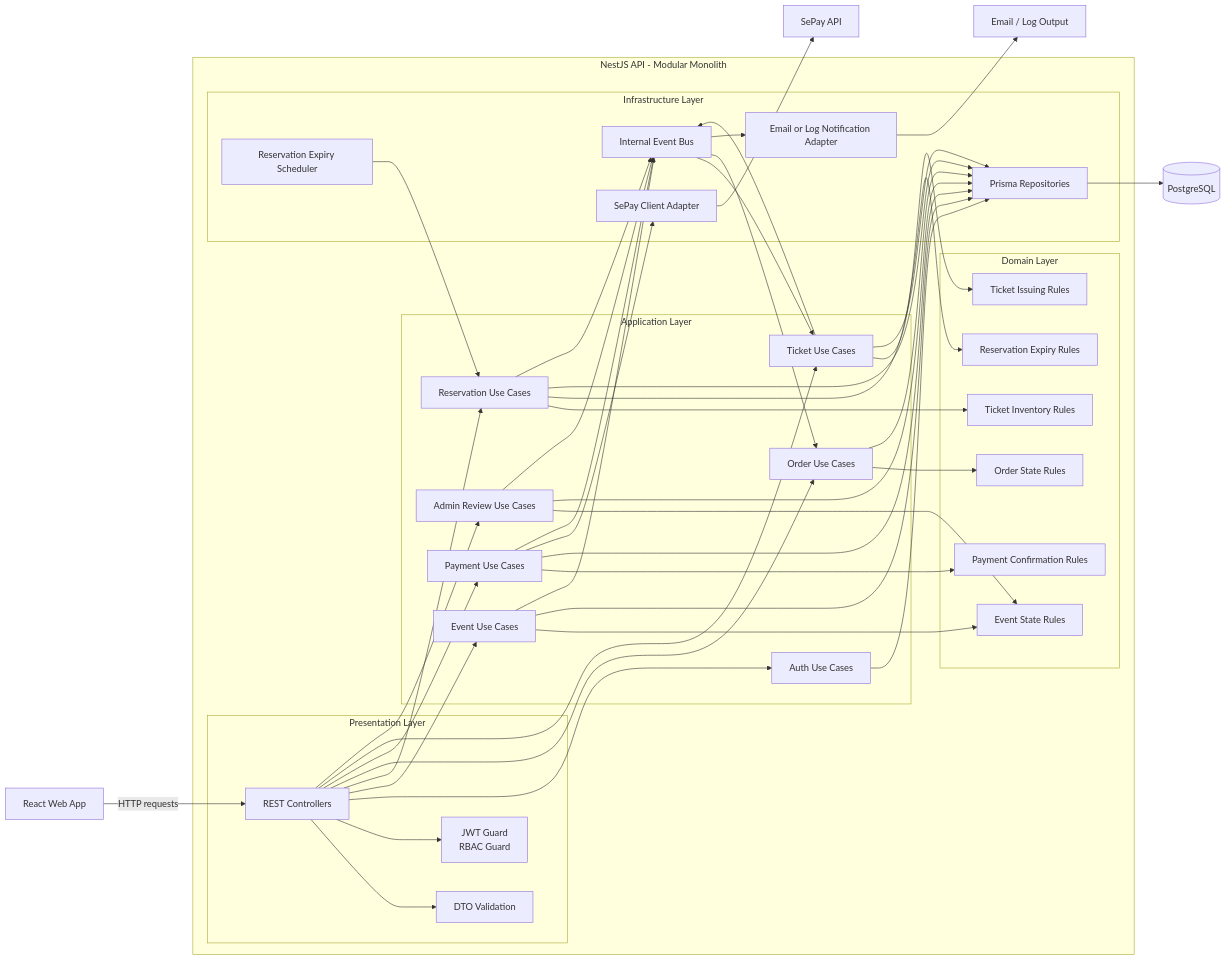
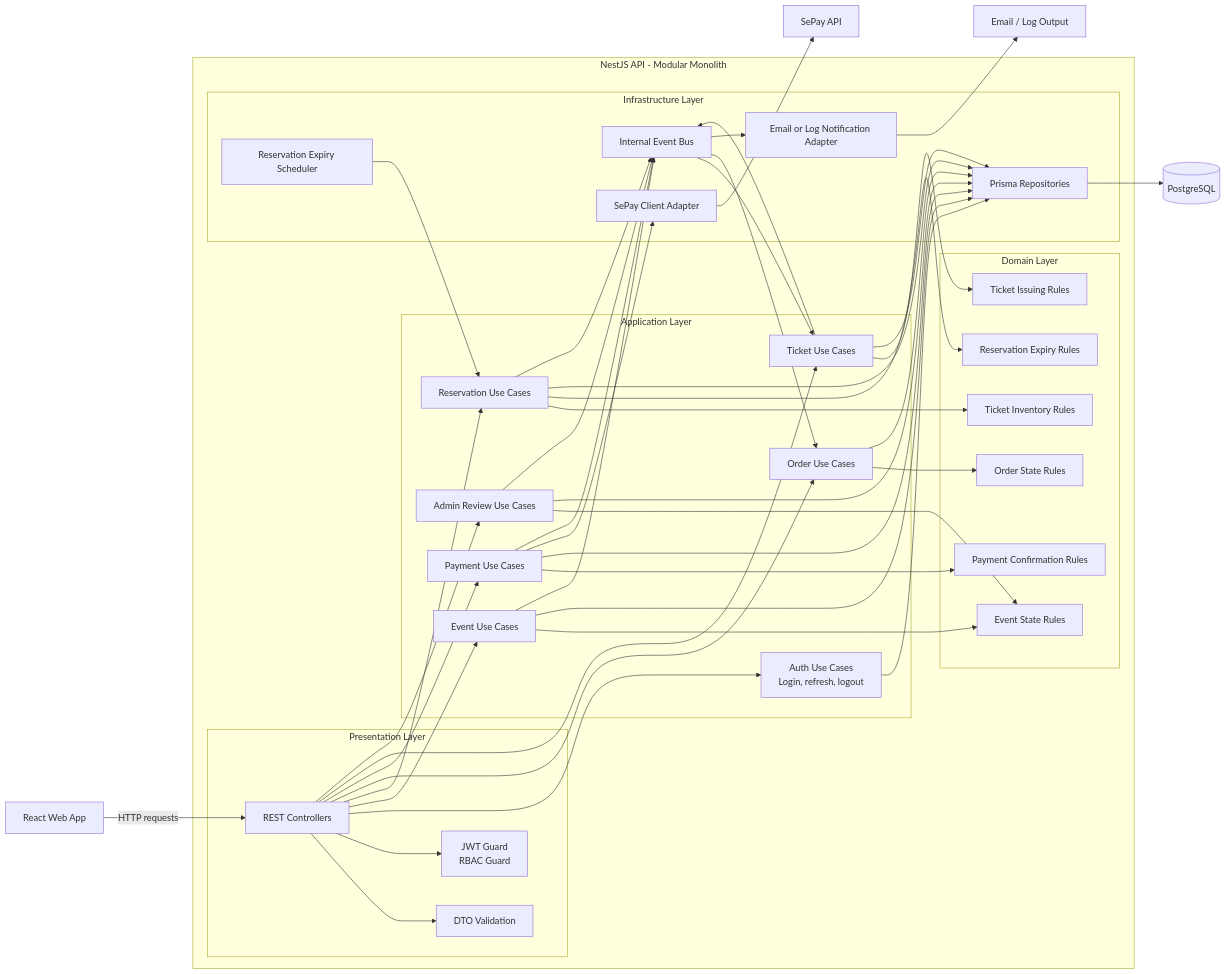
One commit to leedontbeshy/izTicket changed the second of 6 diagrams in docs/diagrams.md. Above: the diagram before and after it, drawn with Mermaid. The commit also changed other lines of this file and 16 other files, not shown here.

First line of the commit message:
feat(auth): implement refresh token mechanism with HttpOnly cookie support

```diff
--- a/docs/diagrams.md
+++ b/docs/diagrams.md
@@ -101,7 +101,7 @@
         end
 
         subgraph Application["Application Layer"]
-            AuthUseCases["Auth Use Cases"]
+            AuthUseCases["Auth Use Cases<br/>Login, refresh, logout"]
             EventUseCases["Event Use Cases"]
             ReservationUseCases["Reservation Use Cases"]
             OrderUseCases["Order Use Cases"]
```
